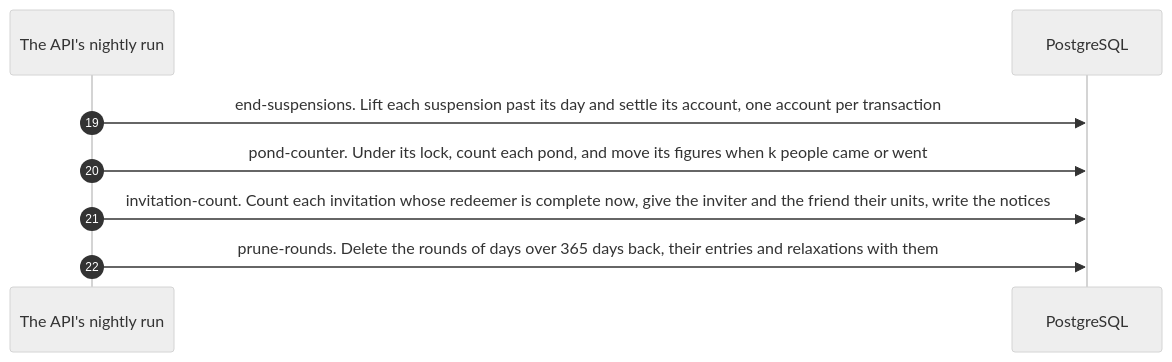
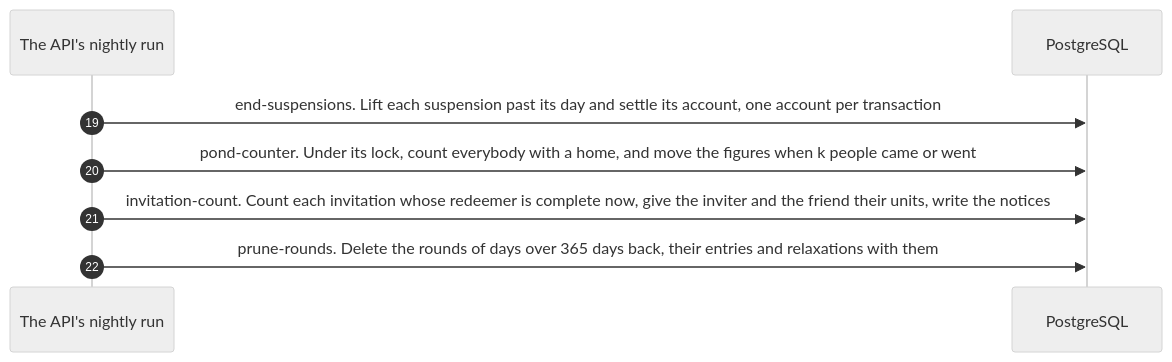
Before and after one commit to kuutti-ry/kumpa-app: the third of 4 diagrams in docs/architecture/sequence-night.md, drawn with Mermaid (neutral theme). The commit also changed other lines of this file and 159 other files, not shown here.

````diff
--- a/docs/architecture/sequence-night.md
+++ b/docs/architecture/sequence-night.md
@@ -112,12 +112,12 @@
 ```mermaid
 sequenceDiagram
   accTitle: The night's jobs, part 3: the pond, and the rounds past their year
   accDescr: Suspensions past their day end first, so a person let back in is counted the same night. Then the counter's figures, the invitations whose redeemer is complete, and the rounds past the year they are kept, their entries and relaxations with them.
   autonumber 19
   participant api as The API's nightly run
   participant db as PostgreSQL
   api->>db: end-suspensions. Lift each suspension past its day and settle its account, one account per transaction
-  api->>db: pond-counter. Under its lock, count each pond, and move its figures when k people came or went
+  api->>db: pond-counter. Under its lock, count everybody with a home, and move the figures when k people came or went
   api->>db: invitation-count. Count each invitation whose redeemer is complete now, give the inviter and the friend their units, write the notices
   api->>db: prune-rounds. Delete the rounds of days over 365 days back, their entries and relaxations with them
 ```
````
